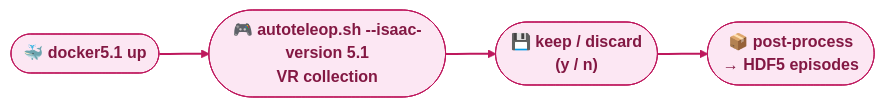
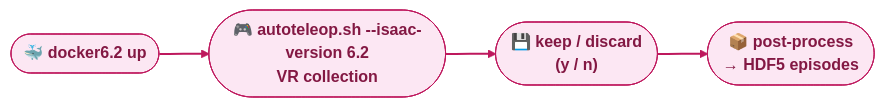
The sixth of 9 diagrams in README.md (AgibotTech/genie_sim), drawn with Mermaid (forest theme) before and after one commit. The commit also changed other lines of this file and 19 other files, not shown here.

First line of the commit message:
feat(teleop): migrate collection and recording frames to Isaac 6.2

````diff
--- a/README.md
+++ b/README.md
@@ -195,7 +195,7 @@
 ```mermaid
 flowchart LR
-  up(["🐳 docker5.1 up"]) ==> collect(["🎮 autoteleop.sh --isaac-version 5.1<br/>VR collection"]) ==> keep(["💾 keep / discard<br/>(y / n)"]) ==> post(["📦 post-process<br/>→ HDF5 episodes"])
+  up(["🐳 docker6.2 up"]) ==> collect(["🎮 autoteleop.sh --isaac-version 6.2<br/>VR collection"]) ==> keep(["💾 keep / discard<br/>(y / n)"]) ==> post(["📦 post-process<br/>→ HDF5 episodes"])
   classDef step fill:#fce7f3,stroke:#be185d,color:#831843,font-weight:bold
   class up,collect,keep,post step
   linkStyle 0,1,2 stroke:#be185d,stroke-width:2px
 ```
````
